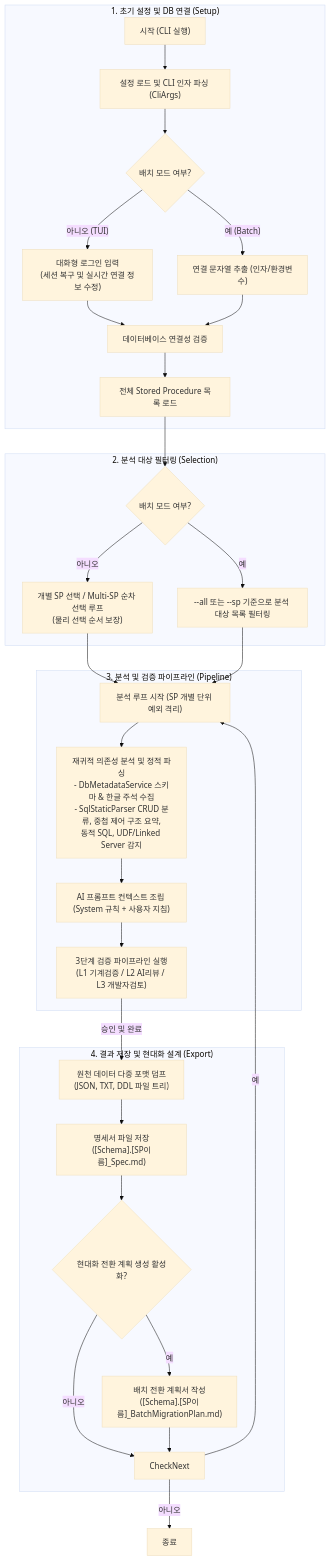
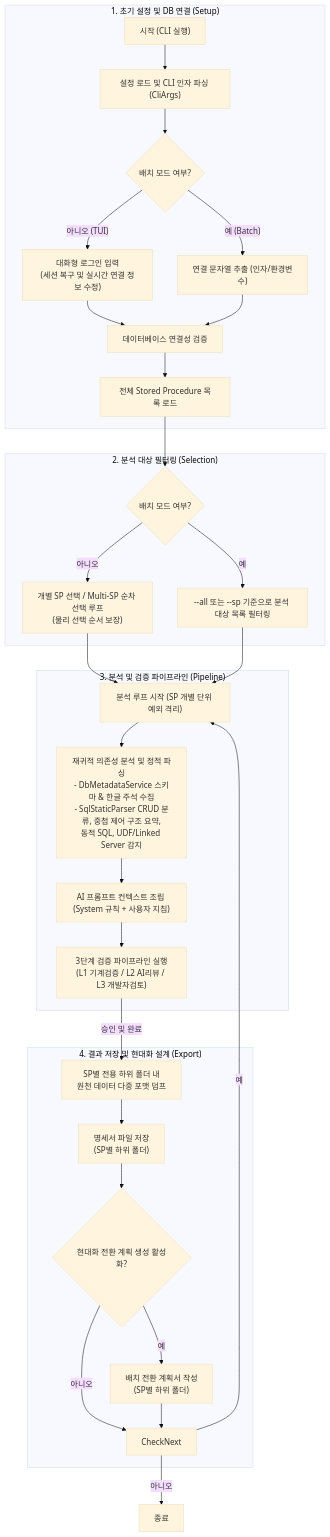
One commit to moondae815/ReSet changed the first of 3 diagrams in docs/architecture.md. Above: the diagram before and after it, drawn with Mermaid (base theme). The commit also changed other lines of this file and 2 other files, not shown here.

Commit message:
feat: categorize output files into schema and job-specific subdirectories for better organization

````diff
--- a/docs/architecture.md
+++ b/docs/architecture.md
@@ -79,45 +79,45 @@
 ```mermaid
 graph TD
     %% 1단계: 초기화 및 연결
     subgraph Setup ["1. 초기 설정 및 DB 연결 (Setup)"]
         Start["시작 (CLI 실행)"] --> Parse["설정 로드 및 CLI 인자 파싱 (CliArgs)"]
         Parse --> ModeCheck{"배치 모드 여부?"}
         
         ModeCheck -- "아니오 (TUI)" --> TUI["대화형 로그인 입력<br/>(세션 복구 및 실시간 연결 정보 수정)"]
         ModeCheck -- "예 (Batch)" --> Batch["연결 문자열 추출 (인자/환경변수)"]
         
         TUI & Batch --> ConnTest["데이터베이스 연결성 검증"]
         ConnTest --> LoadSps["전체 Stored Procedure 목록 로드"]
     end
     
     %% 2단계: 대상 필터링
     subgraph Selection ["2. 분석 대상 필터링 (Selection)"]
         LoadSps --> TargetCheck{"배치 모드 여부?"}
         
         TargetCheck -- "아니오" --> SelectTUI["개별 SP 선택 / Multi-SP 순차 선택 루프<br/>(물리 선택 순서 보장)"]
         TargetCheck -- "예" --> SelectBatch["--all 또는 --sp 기준으로 분석 대상 목록 필터링"]
     end
     
     %% 3단계: 메인 분석 및 검증 파이프라인
     subgraph Pipeline ["3. 분석 및 검증 파이프라인 (Pipeline)"]
         SelectTUI & SelectBatch --> LoopStart["분석 루프 시작 (SP 개별 단위 예외 격리)"]
         
         LoopStart --> QueryMeta["재귀적 의존성 분석 및 정적 파싱<br/>- DbMetadataService 스키마 & 한글 주석 수집<br/>- SqlStaticParser CRUD 분류, 중첩 제어 구조 요약,<br/>동적 SQL, UDF/Linked Server 감지"]
         QueryMeta --> GeneratePrompt["AI 프롬프트 컨텍스트 조립 (System 규칙 + 사용자 지침)"]
         
         GeneratePrompt --> VerificationPipeline["3단계 검증 파이프라인 실행<br/>(L1 기계검증 / L2 AI리뷰 / L3 개발자검토)"]
     end
     
     %% 4단계: 산출물 내보내기 및 현대화 전환 설계
     subgraph Save ["4. 결과 저장 및 현대화 설계 (Export)"]
-        VerificationPipeline -- "승인 및 완료" --> ExportRaw["원천 데이터 다중 포맷 덤프<br/>(JSON, TXT, DDL 파일 트리)"]
-        ExportRaw --> SaveSpec["명세서 파일 저장<br/>([Schema].[SP이름]_Spec.md)"]
+        VerificationPipeline -- "승인 및 완료" --> ExportRaw["SP별 전용 하위 폴더 내<br/>원천 데이터 다중 포맷 덤프"]
+        ExportRaw --> SaveSpec["명세서 파일 저장<br/>(SP별 하위 폴더)"]
         SaveSpec --> GenMigrationCheck{"현대화 전환 계획 생성 활성화?"}
-        GenMigrationCheck -- "예" --> GenMigration["배치 전환 계획서 작성<br/>([Schema].[SP이름]_BatchMigrationPlan.md)"]
+        GenMigrationCheck -- "예" --> GenMigration["배치 전환 계획서 작성<br/>(SP별 하위 폴더)"]
         GenMigrationCheck -- "아니오" --> CheckNext
         GenMigration --> CheckNext
     end
     
     CheckNext -- "예" --> LoopStart
     CheckNext -- "아니오" --> End["종료"]
 ```
````
